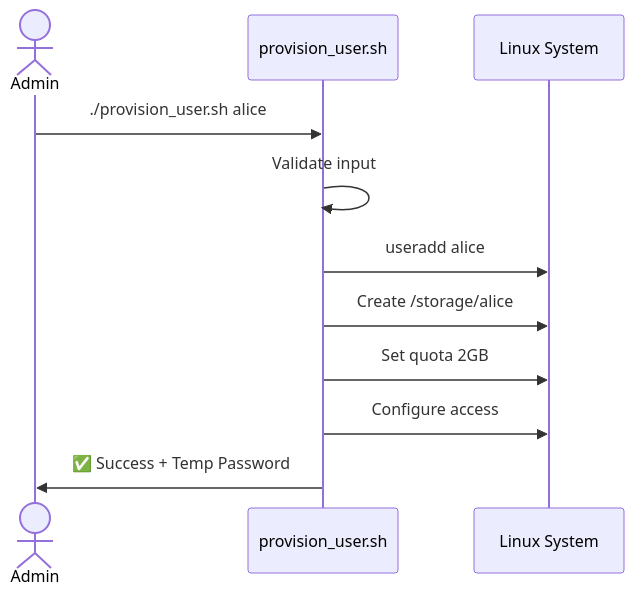
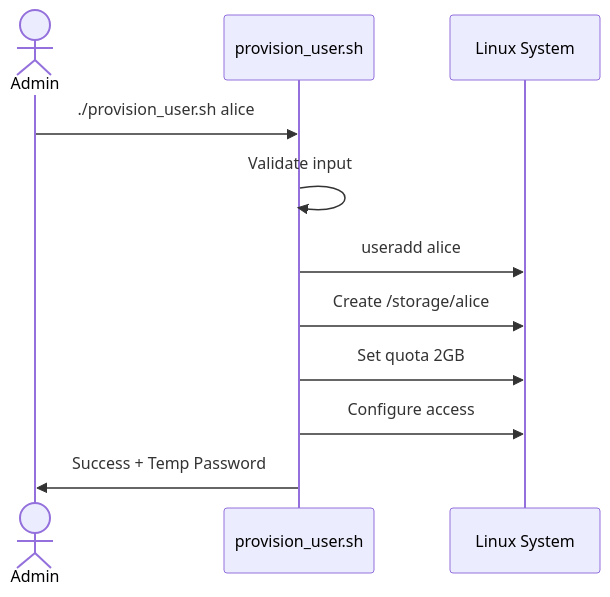
The first of 5 diagrams in README.md (aaronwittchen/Automated-Storage-Provisioning-Tool), drawn with Mermaid before and after one commit. The commit also changed other lines of this file and 5 other files, not shown here.

````diff
--- a/README.md
+++ b/README.md
@@ -149,14 +149,14 @@
 ```mermaid
 sequenceDiagram
     actor Admin
     participant Script as provision_user.sh
     participant System as Linux System
     
     Admin->>Script: ./provision_user.sh alice
     Script->>Script: Validate input
     Script->>System: useradd alice
     Script->>System: Create /storage/alice
     Script->>System: Set quota 2GB
     Script->>System: Configure access
-    Script->>Admin: ✅ Success + Temp Password
+    Script->>Admin: Success + Temp Password
 ```
````
